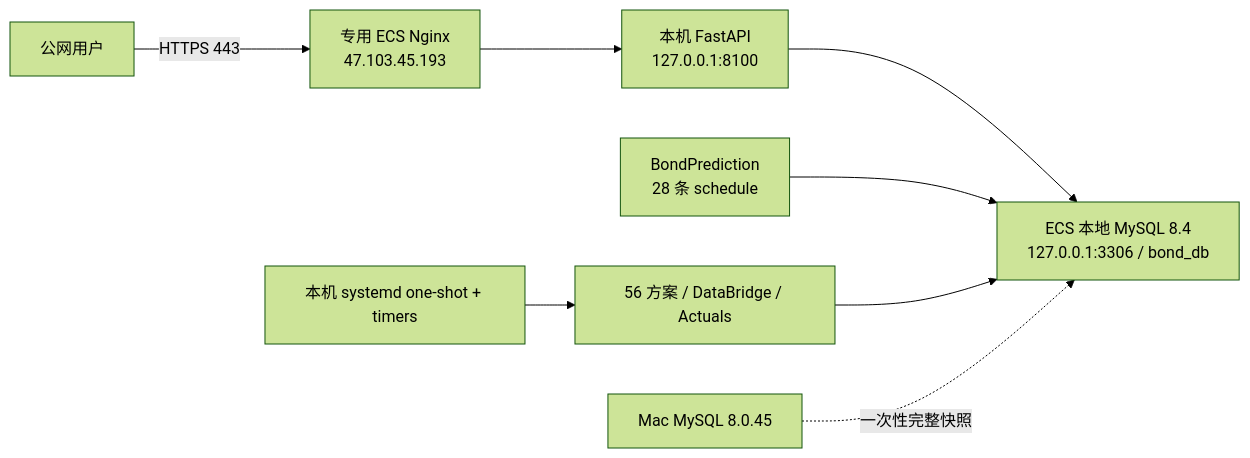
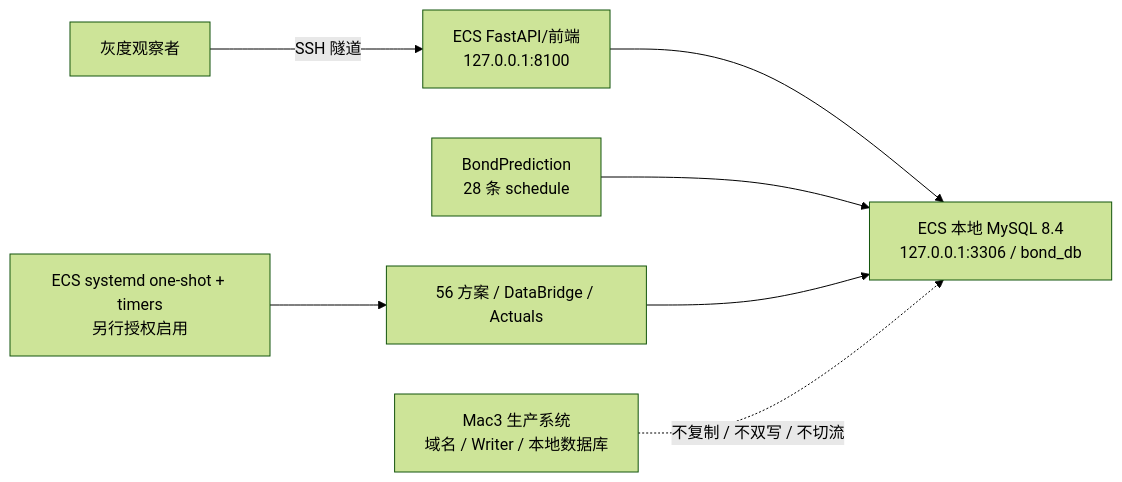
One commit to lucky1day/finlab-graylab changed the second of 3 diagrams in docs/operations/ALIYUN_MIGRATION_ASSESSMENT.md. Above: the diagram before and after it, drawn with Mermaid (forest theme). The commit also changed other lines of this file and 2 other files, not shown here.

Commit message:
docs(ops): adopt isolated ECS gray lab phase

````diff
--- a/docs/operations/ALIYUN_MIGRATION_ASSESSMENT.md
+++ b/docs/operations/ALIYUN_MIGRATION_ASSESSMENT.md
@@ -237,10 +271,10 @@
 ```mermaid
 flowchart LR
-    U["公网用户"] -->|"HTTPS 443"| N["专用 ECS Nginx\n47.103.45.193"]
-    N --> A["本机 FastAPI\n127.0.0.1:8100"]
+    O["灰度观察者"] -->|"SSH 隧道"| A["ECS FastAPI/前端\n127.0.0.1:8100"]
     A --> DB["ECS 本地 MySQL 8.4\n127.0.0.1:3306 / bond_db"]
-    T["本机 systemd one-shot + timers"] --> X["56 方案 / DataBridge / Actuals"]
+    T["ECS systemd one-shot + timers\n另行授权启用"] --> X["56 方案 / DataBridge / Actuals"]
     B["BondPrediction\n28 条 schedule"] --> DB
     X --> DB
-    M["Mac MySQL 8.0.45"] -.->|"一次性完整快照"| DB
+    M["Mac3 生产系统\n域名 / Writer / 本地数据库"]
+    M -.->|"不复制 / 不双写 / 不切流"| DB
 ```
````
